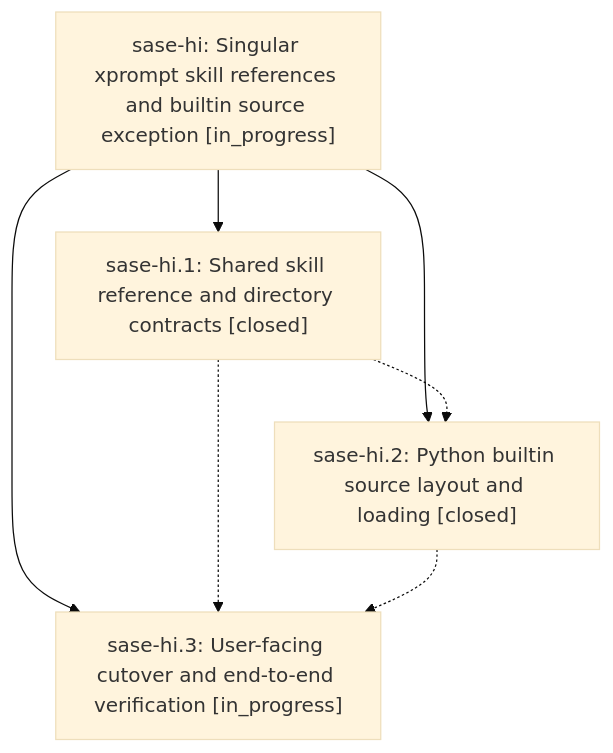
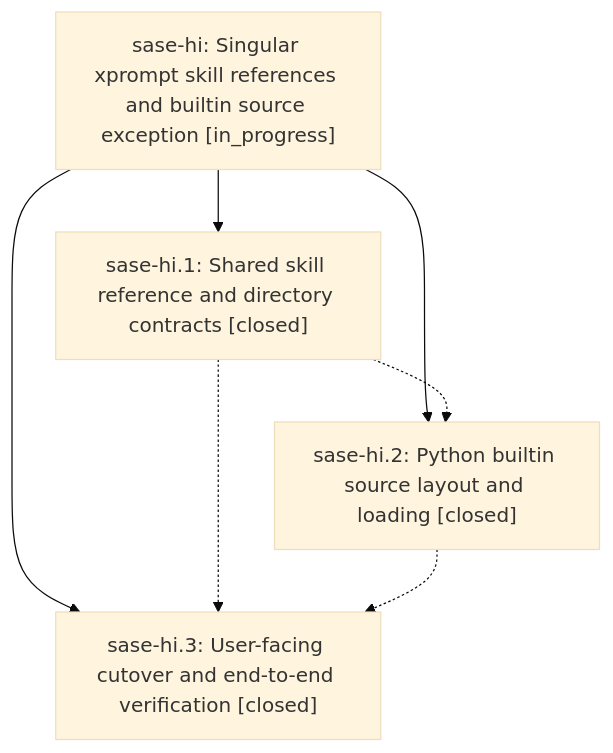
One commit to sase-org/sase--beads changed the diagram in pages/sase-hi/README.md. Above: the diagram before and after it, drawn with Mermaid (base theme). The commit also changed other lines of this file and 3 other files, not shown here.

````diff
--- a/pages/sase-hi/README.md
+++ b/pages/sase-hi/README.md
@@ -24,13 +24,13 @@
 ```mermaid
 flowchart TD
     n0["sase-hi: Singular xprompt skill references and builtin source exception [in_progress]"]
     n1["sase-hi.1: Shared skill reference and directory contracts [closed]"]
     n2["sase-hi.2: Python builtin source layout and loading [closed]"]
-    n3["sase-hi.3: User-facing cutover and end-to-end verification [in_progress]"]
+    n3["sase-hi.3: User-facing cutover and end-to-end verification [closed]"]
     n0 --> n1
     n0 --> n2
     n0 --> n3
     n1 -.-> n2
     n1 -.-> n3
     n2 -.-> n3
 ```
````
